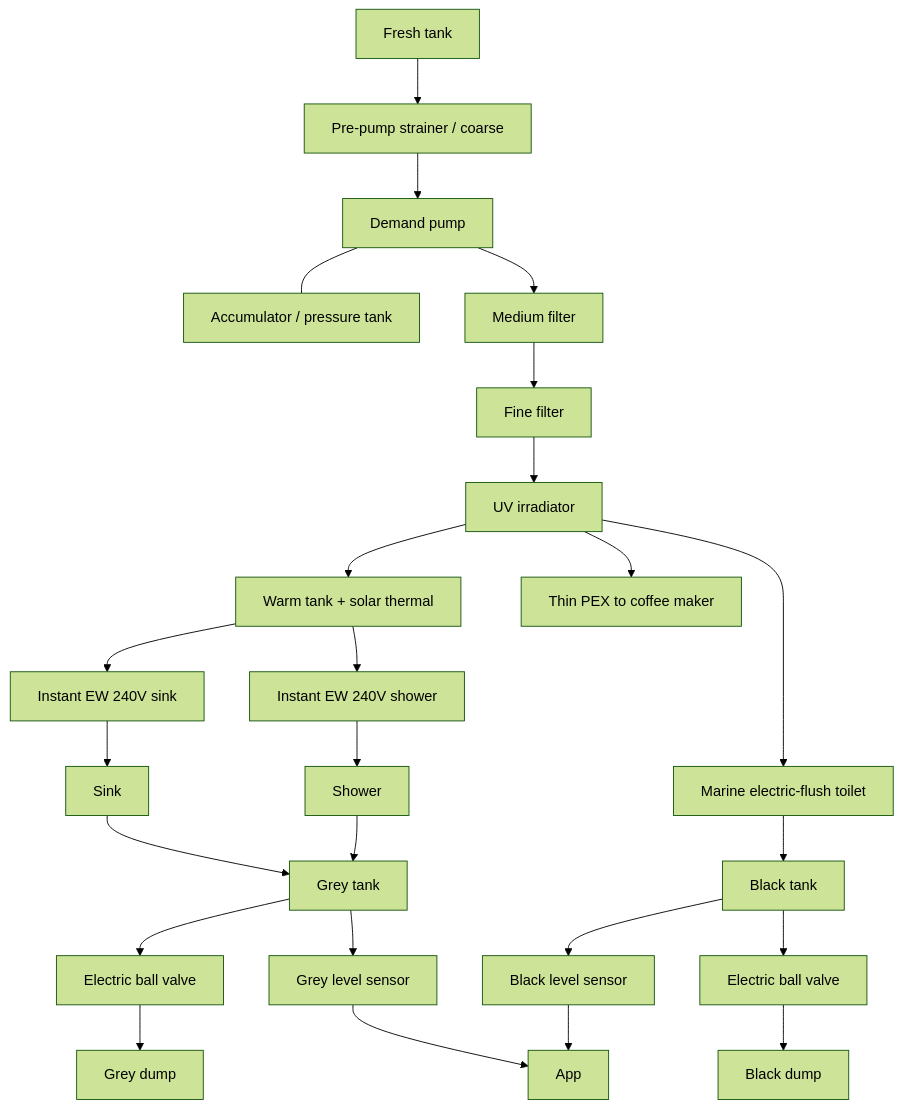
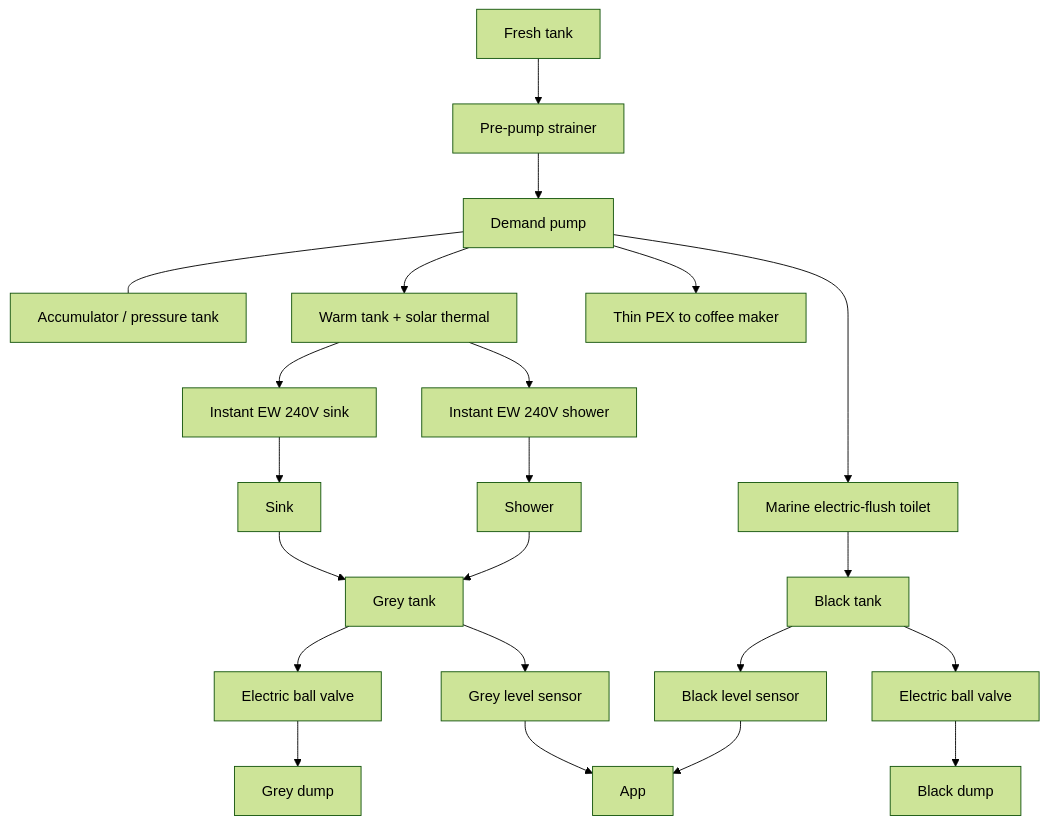
Before and after one commit to ehoogerbeets/vango: the second of 2 diagrams in docs/02-architecture/water.md, drawn with Mermaid (forest theme). The commit also changed other lines of this file and 29 other files, not shown here.

````diff
--- a/docs/02-architecture/water.md
+++ b/docs/02-architecture/water.md
@@ -77,39 +94,35 @@
 ```mermaid
 flowchart TD
   tank[Fresh tank]
-  coarse[Pre-pump strainer / coarse]
+  coarse[Pre-pump strainer]
   pump[Demand pump]
   accum[Accumulator / pressure tank]
-  med[Medium filter]
-  fine[Fine filter]
-  uv[UV irradiator]
   warm[Warm tank + solar thermal]
   ewSink[Instant EW 240V sink]
   ewShower[Instant EW 240V shower]
   sink[Sink]
   shower[Shower]
   coffee[Thin PEX to coffee maker]
   toilet[Marine electric-flush toilet]
   grey[Grey tank]
   black[Black tank]
   greyValve[Electric ball valve]
   blackValve[Electric ball valve]
   greyDump[Grey dump]
   blackDump[Black dump]
   greySensor[Grey level sensor]
   blackSensor[Black level sensor]
   app[App]
 
   tank --> coarse --> pump
   pump --- accum
-  pump --> med --> fine --> uv
-  uv --> warm
+  pump --> warm
+  pump --> coffee
+  pump --> toilet --> black
   warm --> ewSink --> sink --> grey
   warm --> ewShower --> shower --> grey
-  uv --> coffee
-  uv --> toilet --> black
   grey --> greyValve --> greyDump
   black --> blackValve --> blackDump
   grey --> greySensor --> app
   black --> blackSensor --> app
 ```
````
